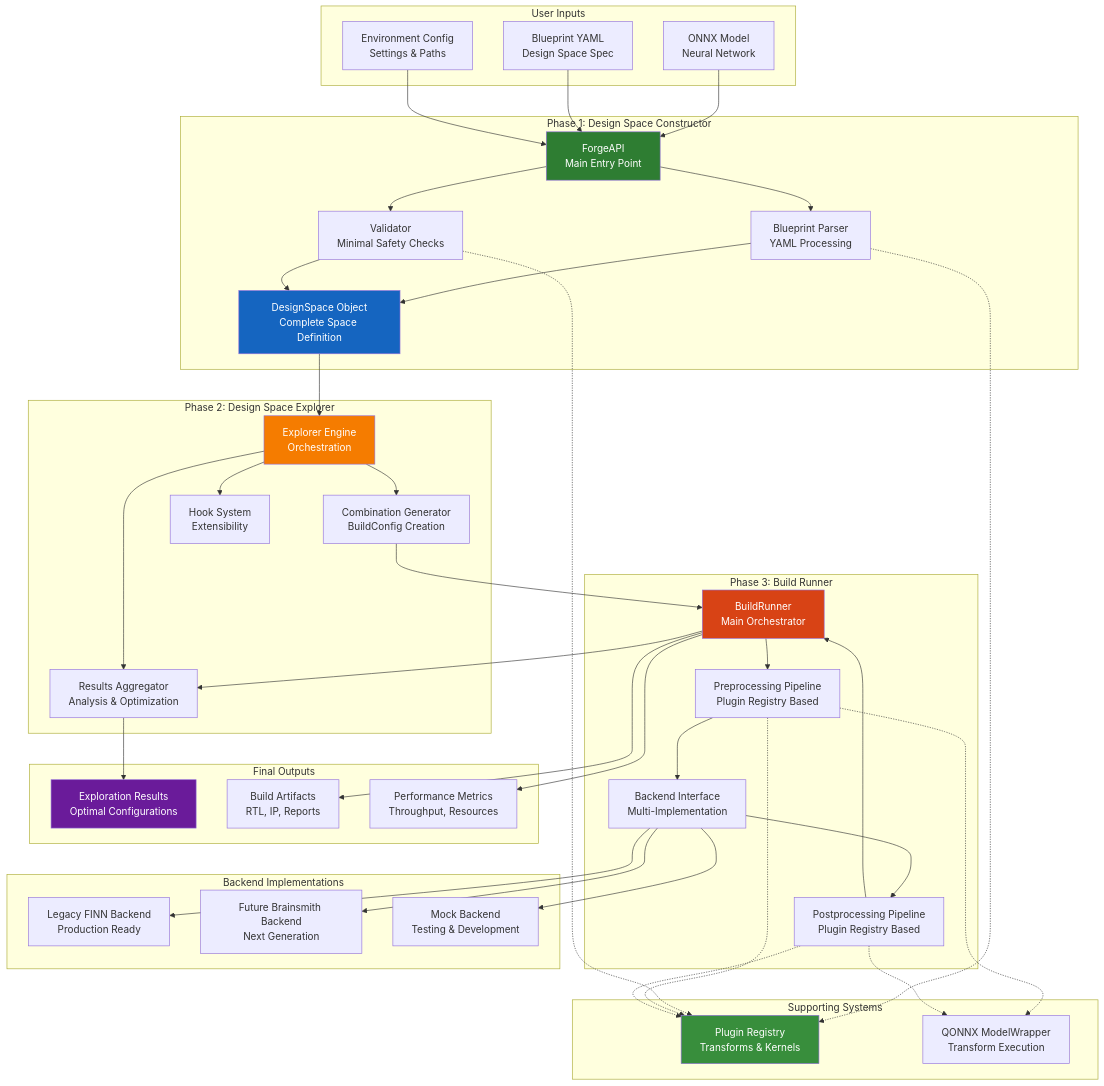
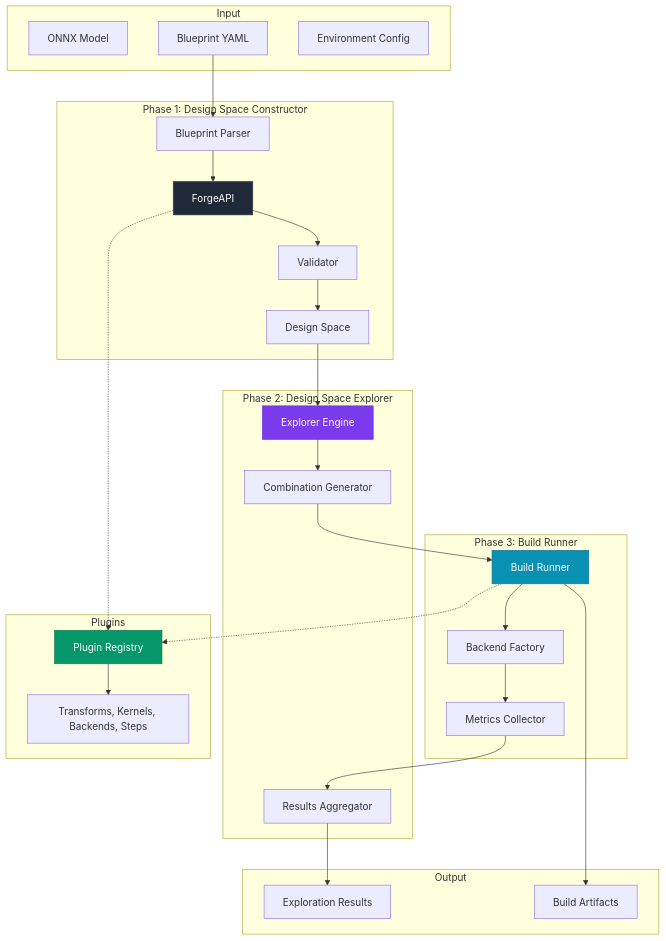
Before and after one commit to microsoft/Brainsmith: the first of 7 diagrams in brainsmith/core/ARCHITECTURE.md, drawn with Mermaid. The commit also changed other lines of this file and 11 other files, not shown here.

````diff
--- a/brainsmith/core/ARCHITECTURE.md
+++ b/brainsmith/core/ARCHITECTURE.md
@@ -26,87 +22,59 @@
 ```mermaid
-graph TB
-    subgraph "User Inputs"
-        ONNX[ONNX Model<br/>Neural Network]
-        BP[Blueprint YAML<br/>Design Space Spec]
-        ENV[Environment Config<br/>Settings & Paths]
+flowchart TB
+    %% Input Layer
+    subgraph "Input"
+        MODEL[ONNX Model]
+        BLUEPRINT[Blueprint YAML]
+        CONFIG[Environment Config]
     end
-    
+
+    %% Core System - Three Phases
     subgraph "Phase 1: Design Space Constructor"
-        FORGE[ForgeAPI<br/>Main Entry Point]
-        PARSER[Blueprint Parser<br/>YAML Processing]
-        VAL[Validator<br/>Minimal Safety Checks]
-        DS[DesignSpace Object<br/>Complete Space Definition]
+        FORGE[ForgeAPI]
+        PARSER[Blueprint Parser]
+        VALIDATOR[Validator]
+        SPACE[Design Space]
     end
-    
+
     subgraph "Phase 2: Design Space Explorer"
-        EXP[Explorer Engine<br/>Orchestration]
-        GEN[Combination Generator<br/>BuildConfig Creation]
-        AGG[Results Aggregator<br/>Analysis & Optimization]
-        HOOKS[Hook System<br/>Extensibility]
+        EXPLORER[Explorer Engine]
+        GENERATOR[Combination Generator]
+        AGGREGATOR[Results Aggregator]
     end
-    
+
     subgraph "Phase 3: Build Runner"
-        BR[BuildRunner<br/>Main Orchestrator]
-        PRE[Preprocessing Pipeline<br/>Plugin Registry Based]
-        BACKEND[Backend Interface<br/>Multi-Implementation]
-        POST[Postprocessing Pipeline<br/>Plugin Registry Based]
+        RUNNER[Build Runner]
+        FACTORY[Backend Factory]
+        METRICS[Metrics Collector]
     end
-    
-    subgraph "Backend Implementations"
-        FINN[Legacy FINN Backend<br/>Production Ready]
-        FUTURE[Future Brainsmith Backend<br/>Next Generation]
-        MOCK[Mock Backend<br/>Testing & Development]
+
+    %% Plugin Layer
+    subgraph "Plugins"
+        REGISTRY[Plugin Registry]
+        PLUGINS[Transforms, Kernels, Backends, Steps]
     end
-    
-    subgraph "Final Outputs"
-        RESULTS[Exploration Results<br/>Optimal Configurations]
-        ARTIFACTS[Build Artifacts<br/>RTL, IP, Reports]
-        METRICS[Performance Metrics<br/>Throughput, Resources]
+
+    %% Output Layer
+    subgraph "Output"
+        RESULTS[Exploration Results]
+        ARTIFACTS[Build Artifacts]
     end
-    
-    subgraph "Supporting Systems"
-        PLUGINS[Plugin Registry<br/>Transforms & Kernels]
-        QONNX[QONNX ModelWrapper<br/>Transform Execution]
-    end
-    
-    ONNX --> FORGE
-    BP --> FORGE
-    ENV --> FORGE
-    FORGE --> PARSER
-    FORGE --> VAL
-    PARSER -.-> PLUGINS
-    VAL -.-> PLUGINS
-    PARSER --> DS
-    VAL --> DS
-    
-    DS --> EXP
-    EXP --> GEN
-    EXP --> AGG
-    EXP --> HOOKS
-    GEN --> BR
-    BR --> PRE
-    PRE --> BACKEND
-    BACKEND --> POST
-    POST --> BR
-    BR --> AGG
-    
-    BACKEND --> FINN
-    BACKEND --> FUTURE
-    BACKEND --> MOCK
-    
-    PRE -.-> PLUGINS
-    POST -.-> PLUGINS
-    PRE -.-> QONNX
-    POST -.-> QONNX
-    
-    AGG --> RESULTS
-    BR --> ARTIFACTS
-    BR --> METRICS
-    
-    style FORGE fill:#2e7d32,color:#fff
-    style DS fill:#1565c0,color:#fff
-    style EXP fill:#f57c00,color:#fff
-    style BR fill:#d84315,color:#fff
-    style RESULTS fill:#6a1b9a,color:#fff
-    style PLUGINS fill:#388e3c,color:#fff
+
+    %% Main Flow
+    BLUEPRINT --> PARSER --> FORGE --> VALIDATOR --> SPACE
+    SPACE --> EXPLORER --> GENERATOR --> RUNNER
+    RUNNER --> FACTORY --> METRICS --> AGGREGATOR
+    AGGREGATOR --> RESULTS
+    RUNNER --> ARTIFACTS
+
+    %% Plugin connections
+    FORGE -.-> REGISTRY
+    RUNNER -.-> REGISTRY
+    REGISTRY --> PLUGINS
+
+    %% Styles
+    style FORGE fill:#1f2937,color:#fff,stroke:#374151
+    style EXPLORER fill:#7c3aed,color:#fff,stroke:#6d28d9
+    style RUNNER fill:#0891b2,color:#fff,stroke:#0e7490
+    style REGISTRY fill:#059669,color:#fff,stroke:#047857
 ```
````
